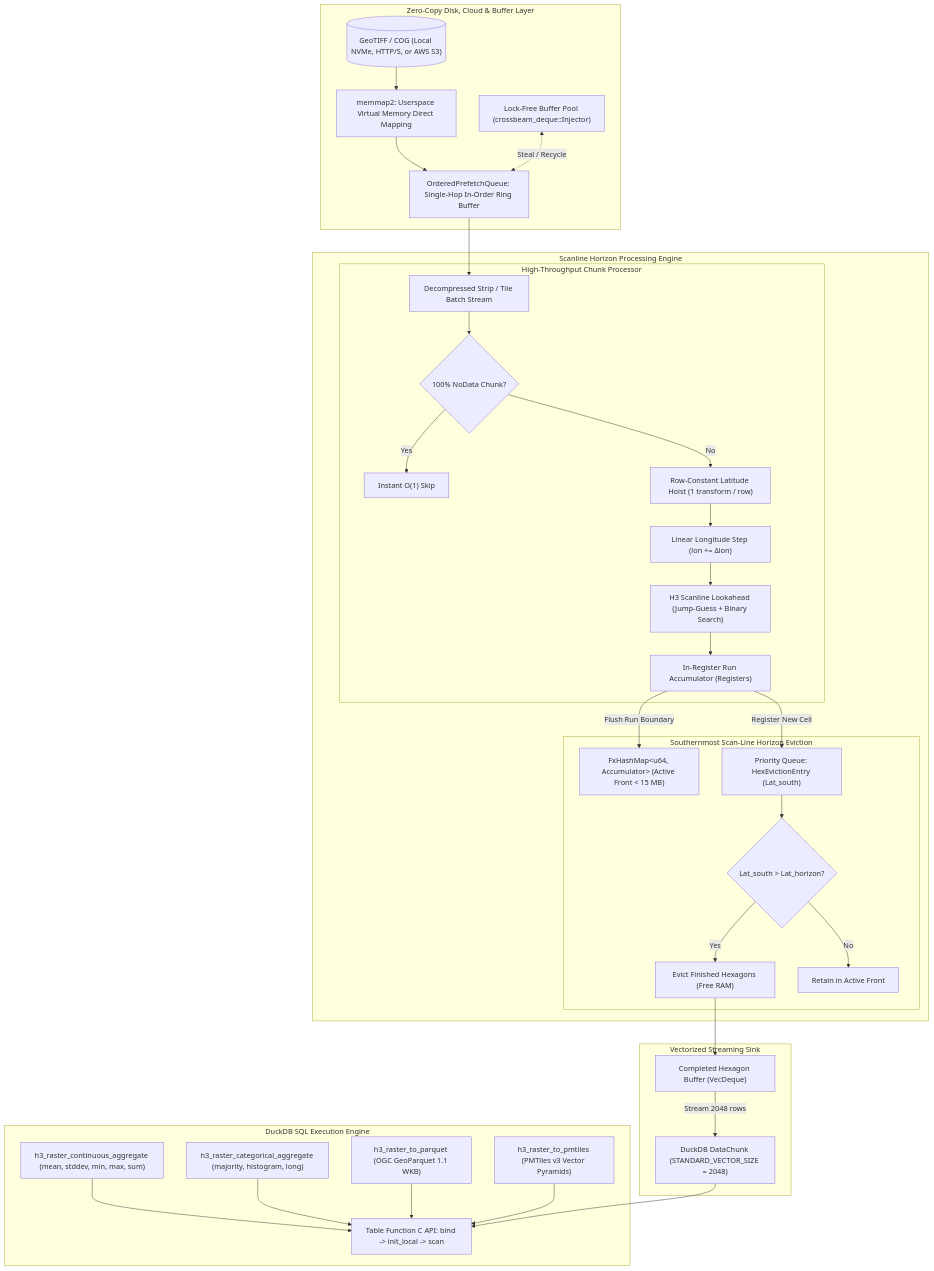
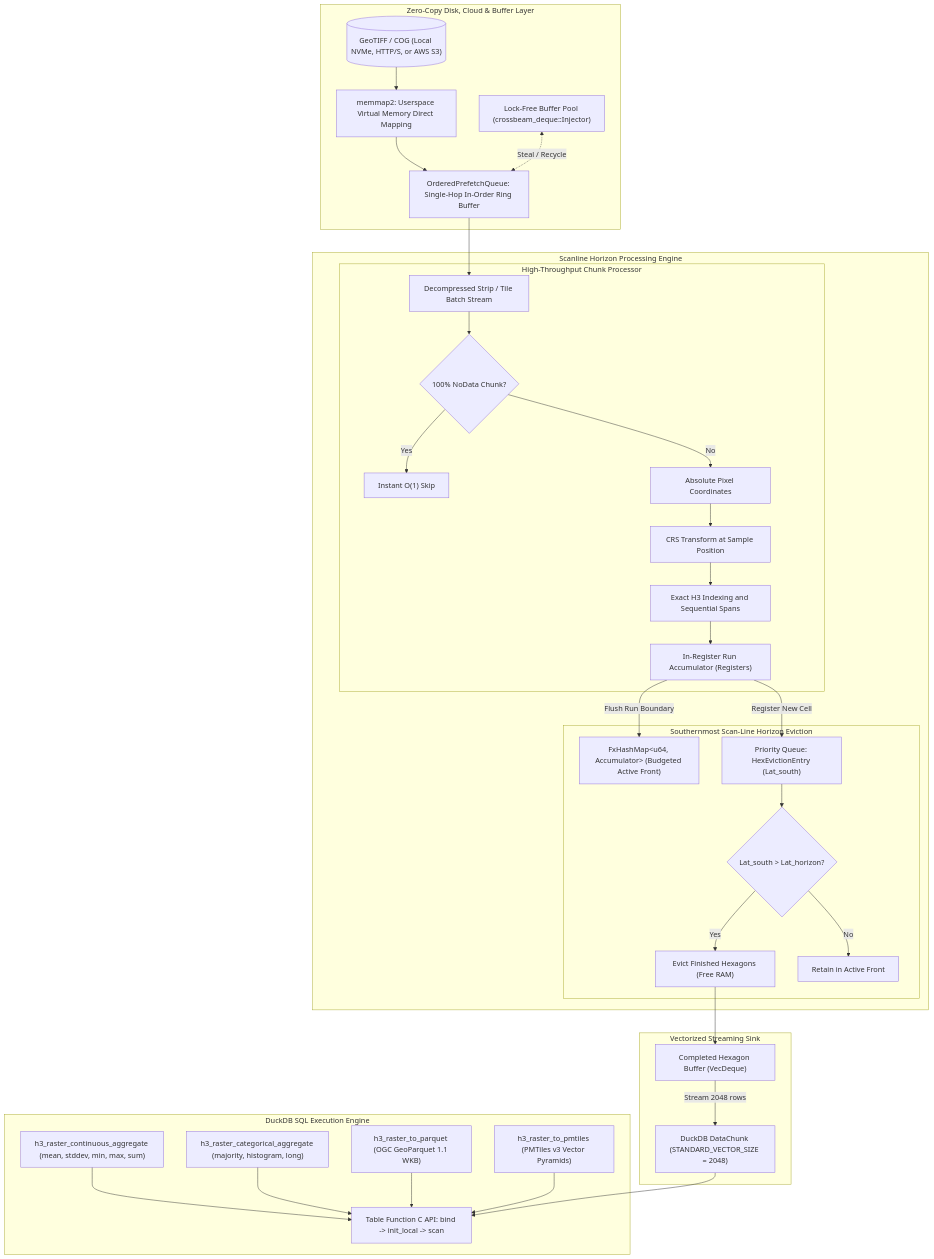
The diagram in README.md (dmuldrew/raster_h3), drawn with Mermaid before and after one commit. The commit also changed other lines of this file and 29 other files, not shown here.

First line of the commit message:
Refactor exact H3 indexing and budgets

````diff
--- a/README.md
+++ b/README.md
@@ -539,57 +544,57 @@
 ```mermaid
 flowchart TD
     subgraph DuckDB ["DuckDB SQL Execution Engine"]
         SQL1["h3_raster_continuous_aggregate (mean, stddev, min, max, sum)"]
         SQL2["h3_raster_categorical_aggregate (majority, histogram, long)"]
         SQL3["h3_raster_to_parquet (OGC GeoParquet 1.1 WKB)"]
         SQL4["h3_raster_to_pmtiles (PMTiles v3 Vector Pyramids)"]
         TF["Table Function C API: bind -> init_local -> scan"]
         SQL1 --> TF
         SQL2 --> TF
         SQL3 --> TF
         SQL4 --> TF
     end
 
     subgraph IO ["Zero-Copy Disk, Cloud & Buffer Layer"]
         FILE[("GeoTIFF / COG (Local NVMe, HTTP/S, or AWS S3)")]
         MMAP["memmap2: Userspace Virtual Memory Direct Mapping"]
         POOL["Lock-Free Buffer Pool (crossbeam_deque::Injector)"]
         QUEUE["OrderedPrefetchQueue: Single-Hop In-Order Ring Buffer"]
         FILE --> MMAP --> QUEUE
         POOL <.->|"Steal / Recycle"| QUEUE
     end
 
     subgraph PIPELINE ["Scanline Horizon Processing Engine"]
         CHUNK["Decompressed Strip / Tile Batch Stream"]
         QUEUE --> CHUNK
 
         subgraph WORKER ["High-Throughput Chunk Processor"]
             NODATA{"100% NoData Chunk?"}
             CHUNK --> NODATA
             NODATA -- "Yes" --> SKIP["Instant O(1) Skip"]
-            NODATA -- "No" --> HOIST["Row-Constant Latitude Hoist (1 transform / row)"]
-            HOIST --> STEP["Linear Longitude Step (lon += Δlon)"]
-            STEP --> LOOKAHEAD["H3 Scanline Lookahead (Jump-Guess + Binary Search)"]
+            NODATA -- "No" --> HOIST["Absolute Pixel Coordinates"]
+            HOIST --> STEP["CRS Transform at Sample Position"]
+            STEP --> LOOKAHEAD["Exact H3 Indexing and Sequential Spans"]
             LOOKAHEAD --> RUN["In-Register Run Accumulator (Registers)"]
         end
 
         subgraph HORIZON ["Southernmost Scan-Line Horizon Eviction"]
-            ACTIVE_MAP["FxHashMap&lt;u64, Accumulator&gt; (Active Front &lt; 15 MB)"]
+            ACTIVE_MAP["FxHashMap&lt;u64, Accumulator&gt; (Budgeted Active Front)"]
             PQUEUE["Priority Queue: HexEvictionEntry (Lat_south)"]
             RUN -->|"Flush Run Boundary"| ACTIVE_MAP
             RUN -->|"Register New Cell"| PQUEUE
             EVICT{"Lat_south > Lat_horizon?"}
             PQUEUE --> EVICT
             EVICT -- "Yes" --> POP["Evict Finished Hexagons (Free RAM)"]
             EVICT -- "No" --> KEEP["Retain in Active Front"]
         end
     end
 
     subgraph OUTPUT ["Vectorized Streaming Sink"]
         BUFFER["Completed Hexagon Buffer (VecDeque)"]
         POP --> BUFFER
         CHUNK_OUT["DuckDB DataChunk (STANDARD_VECTOR_SIZE = 2048)"]
         BUFFER -->|"Stream 2048 rows"| CHUNK_OUT
         CHUNK_OUT --> TF
     end
 ```
````
